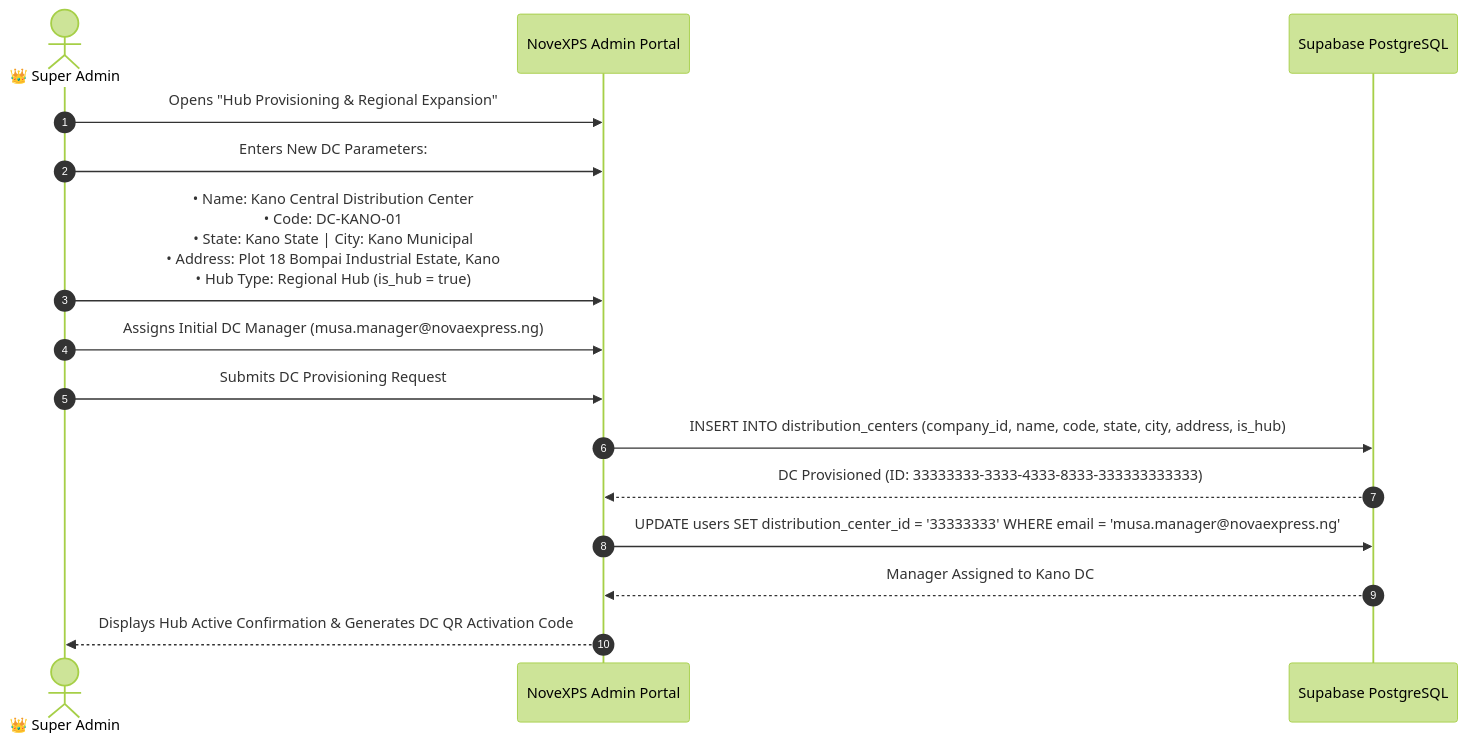
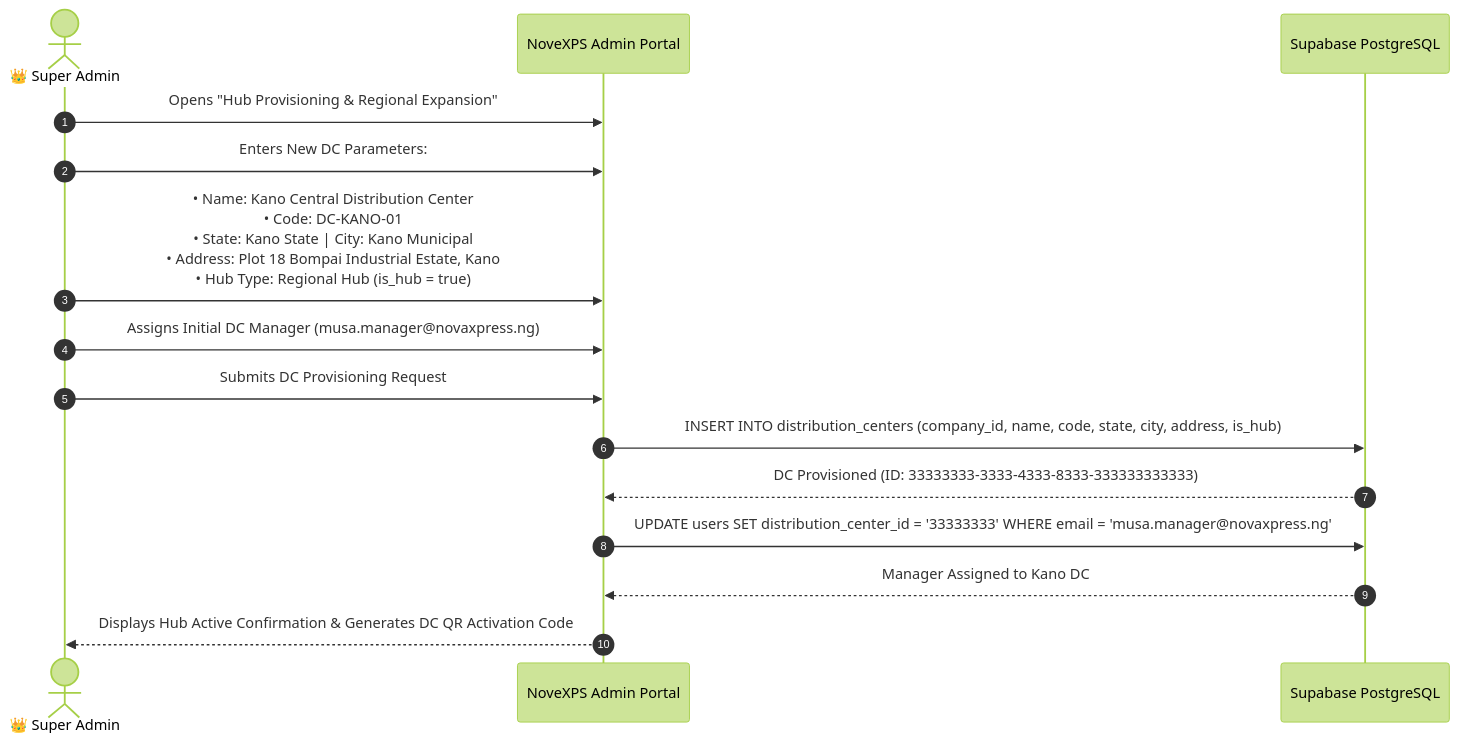
The diagram in DOCUMENTATION/ADMIN/WORKFLOW/02_TENANCY_ORGANIZATION_AND_HUB_PROVISIONING_WORKFLOW.md (odufu/novaexpress), drawn with Mermaid (forest theme) before and after one commit. The commit also changed other lines of this file and 181 other files, not shown here.

````diff
--- a/DOCUMENTATION/ADMIN/WORKFLOW/02_TENANCY_ORGANIZATION_AND_HUB_PROVISIONING_WORKFLOW.md
+++ b/DOCUMENTATION/ADMIN/WORKFLOW/02_TENANCY_ORGANIZATION_AND_HUB_PROVISIONING_WORKFLOW.md
@@ -17,21 +17,21 @@
 ```mermaid
 sequenceDiagram
     autonumber
     actor Admin as 👑 Super Admin
     participant Portal as NoveXPS Admin Portal
     participant DB as Supabase PostgreSQL
 
     Admin->>Portal: Opens "Hub Provisioning & Regional Expansion"
     Admin->>Portal: Enters New DC Parameters:
     Admin->>Portal: • Name: Kano Central Distribution Center<br>• Code: DC-KANO-01<br>• State: Kano State | City: Kano Municipal<br>• Address: Plot 18 Bompai Industrial Estate, Kano<br>• Hub Type: Regional Hub (is_hub = true)
-    Admin->>Portal: Assigns Initial DC Manager (musa.manager@novaexpress.ng)
+    Admin->>Portal: Assigns Initial DC Manager (musa.manager@novaxpress.ng)
     Admin->>Portal: Submits DC Provisioning Request
     
     Portal->>DB: INSERT INTO distribution_centers (company_id, name, code, state, city, address, is_hub)
     DB-->>Portal: DC Provisioned (ID: 33333333-3333-4333-8333-333333333333)
     
-    Portal->>DB: UPDATE users SET distribution_center_id = '33333333' WHERE email = 'musa.manager@novaexpress.ng'
+    Portal->>DB: UPDATE users SET distribution_center_id = '33333333' WHERE email = 'musa.manager@novaxpress.ng'
     DB-->>Portal: Manager Assigned to Kano DC
     
     Portal-->>Admin: Displays Hub Active Confirmation & Generates DC QR Activation Code
 ```
````
